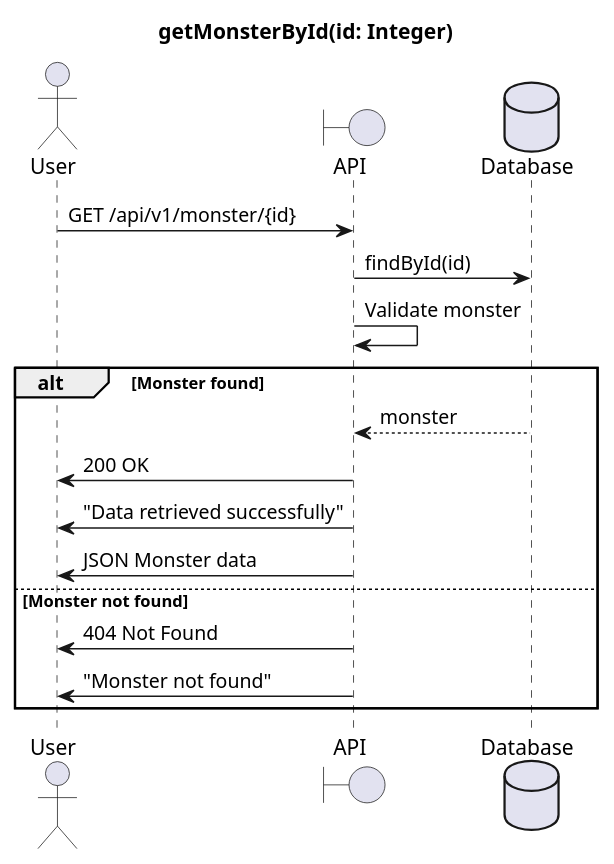
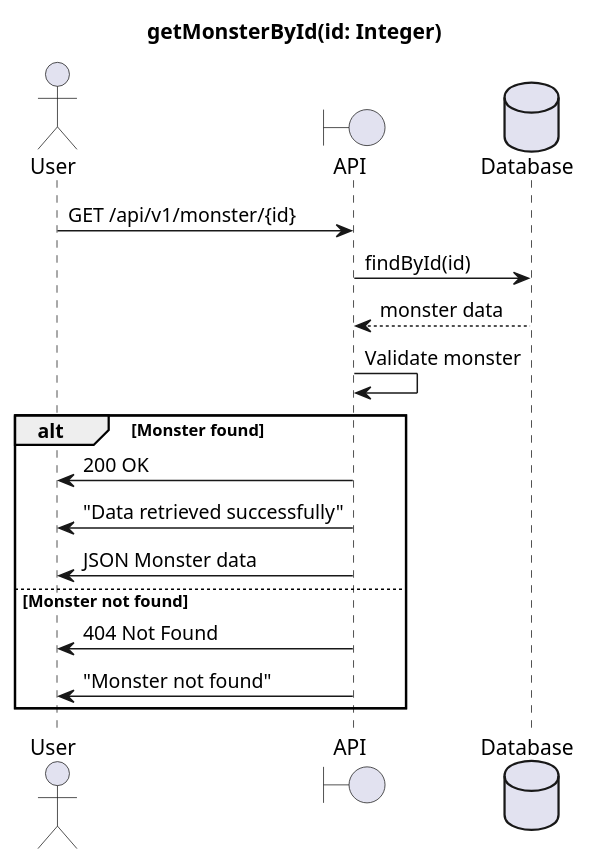
The diagram in PlantUML/Monster/getMonsterById.puml (b6428259/PriorLab1), drawn with PlantUML before and after one commit. The commit also changed 21 other files, not shown here.

```diff
--- a/PlantUML/Monster/getMonsterById.puml
+++ b/PlantUML/Monster/getMonsterById.puml
@@ -1,22 +1,22 @@
 @startuml
 title getMonsterById(id: Integer)
 
 actor User as u
 boundary API as a
 database Database as d
 
 u->a : GET /api/v1/monster/{id}
 a->d: findById(id)
+    d-->a : monster data
 a->a : Validate monster
 
 alt Monster found
-    d-->a : monster
     a->u : 200 OK
     a->u : "Data retrieved successfully"
     a->u : JSON Monster data
 else Monster not found
     a->u : 404 Not Found
     a->u : "Monster not found"
 end
 
 @enduml
```
